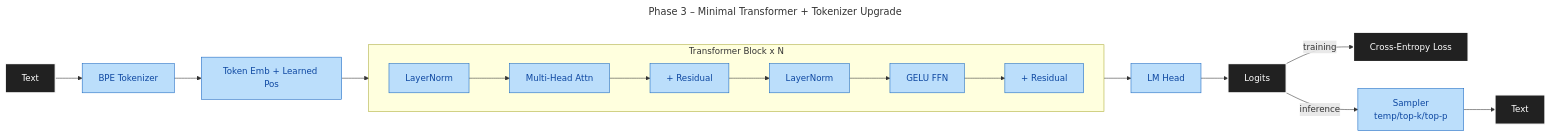
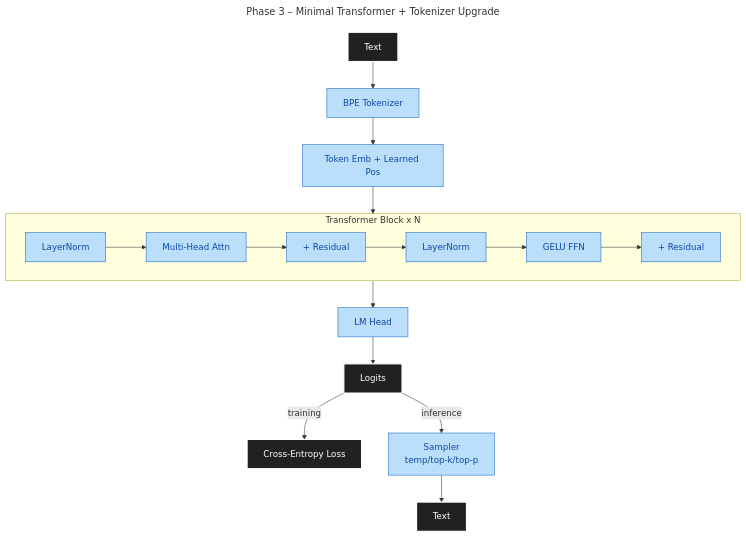
Before and after one commit to maxjbarfuss/max_llm: the second of 7 diagrams in docs/DESIGN.md, drawn with Mermaid. The commit also changed other lines of this file and 15 other files, not shown here.

First line of the commit message:
Phase 3: Full decoder stack + diagram sync

````diff
--- a/docs/DESIGN.md
+++ b/docs/DESIGN.md
@@ -29,16 +29,16 @@
 ```mermaid
 ---
 title: Phase 3 – Minimal Transformer + Tokenizer Upgrade
 ---
-graph LR
+graph TD
     A[Text]:::io --> B[BPE Tokenizer]:::p3 --> C[Token Emb + Learned Pos]:::p3 --> Block
     subgraph Block[Transformer Block x N]
         direction LR
         D[LayerNorm]:::p3 --> E[Multi-Head Attn]:::p3 --> F[+ Residual]:::p3 --> G[LayerNorm]:::p3 --> H[GELU FFN]:::p3 --> I[+ Residual]:::p3
     end
     Block --> J[LM Head]:::p3 --> K[Logits]:::io
     K -->|training| L[Cross-Entropy Loss]:::io
     K -->|inference| M[Sampler<br/>temp/top-k/top-p]:::p3 --> N[Text]:::io
     classDef io fill:#212121,stroke:#FFFFFF,color:#FFFFFF,stroke-width:2px
     classDef p3 fill:#BBDEFB,stroke:#1565C0,color:#0D47A1
 ```
````
